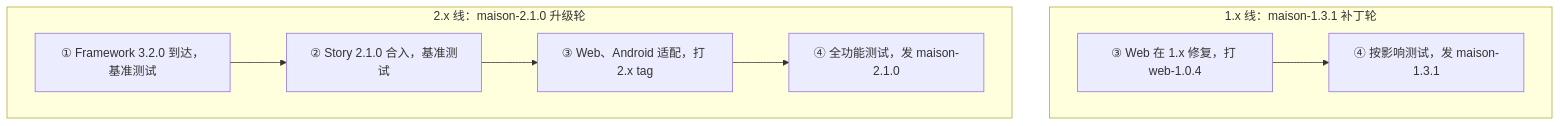
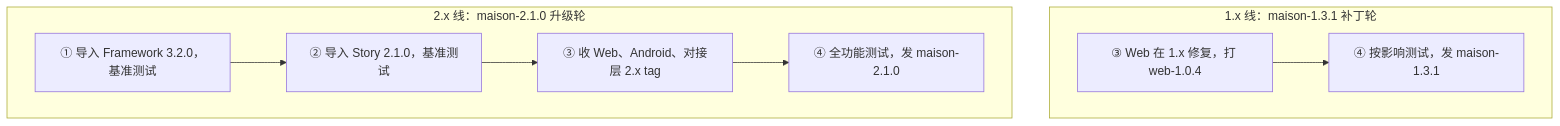
The third of 3 diagrams in doc/project/2026-10-20-Maison共建讨论/08-Maison共建方案：谁做什么、东西怎么流转、怎么发版.md (sqsqsq/SimulatedWalletForHmos), drawn with Mermaid before and after one commit. The commit also changed other lines of this file and 2 other files, not shown here.

````diff
--- a/doc/project/2026-10-20-Maison共建讨论/08-Maison共建方案：谁做什么、东西怎么流转、怎么发版.md
+++ b/doc/project/2026-10-20-Maison共建讨论/08-Maison共建方案：谁做什么、东西怎么流转、怎么发版.md
@@ -215,9 +336,9 @@
 ```mermaid
 flowchart TB
     subgraph L1["1.x 线：maison-1.3.1 补丁轮"]
         A3["③ Web 在 1.x 修复，打 web-1.0.4"] --> A4["④ 按影响测试，发 maison-1.3.1"]
     end
     subgraph L2["2.x 线：maison-2.1.0 升级轮"]
-        B1["① Framework 3.2.0 到达，基准测试"] --> B2["② Story 2.1.0 合入，基准测试"] --> B3["③ Web、Android 适配，打 2.x tag"] --> B4["④ 全功能测试，发 maison-2.1.0"]
+        B1["① 导入 Framework 3.2.0，基准测试"] --> B2["② 导入 Story 2.1.0，基准测试"] --> B3["③ 收 Web、Android、对接层 2.x tag"] --> B4["④ 全功能测试，发 maison-2.1.0"]
     end
 ```
````
